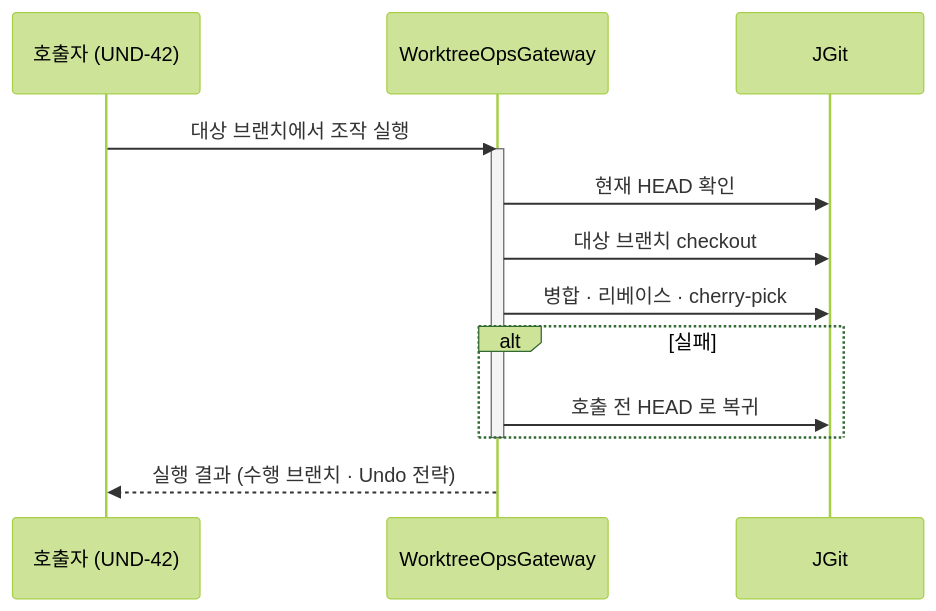
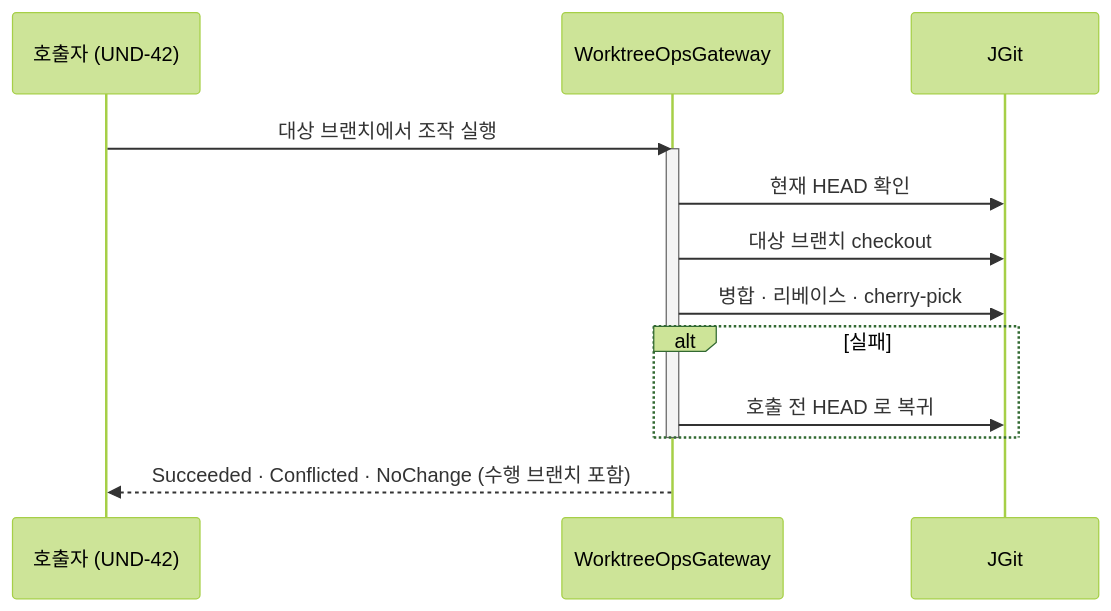
One commit to biuea3866/gitkraken-clone-app changed the first of 2 diagrams in tickets/UND-71-graph-ops-atomic-contract.md. Above: the diagram before and after it, drawn with Mermaid (forest theme). The commit also changed other lines of this file and 1 other file, not shown here.

````diff
--- a/tickets/UND-71-graph-ops-atomic-contract.md
+++ b/tickets/UND-71-graph-ops-atomic-contract.md
@@ -51,16 +63,16 @@
 ```mermaid
 sequenceDiagram
     participant UC as 호출자 (UND-42)
     participant GW as WorktreeOpsGateway
     participant Git as JGit
     UC->>GW: 대상 브랜치에서 조작 실행
     activate GW
     GW->>Git: 현재 HEAD 확인
     GW->>Git: 대상 브랜치 checkout
     GW->>Git: 병합 · 리베이스 · cherry-pick
     alt 실패
         GW->>Git: 호출 전 HEAD 로 복귀
     end
     deactivate GW
-    GW-->>UC: 실행 결과 (수행 브랜치 · Undo 전략)
+    GW-->>UC: Succeeded · Conflicted · NoChange (수행 브랜치 포함)
 ```
````
